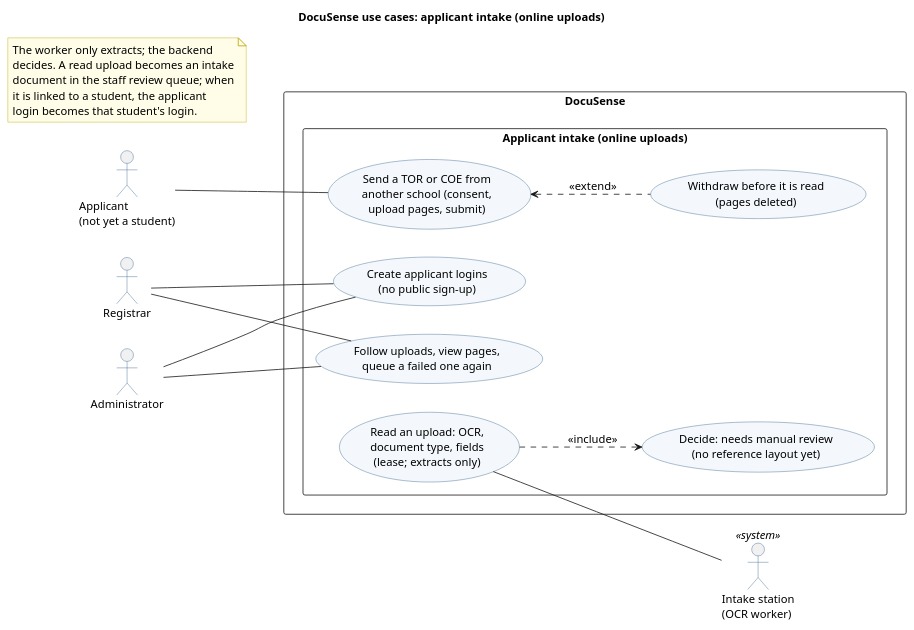
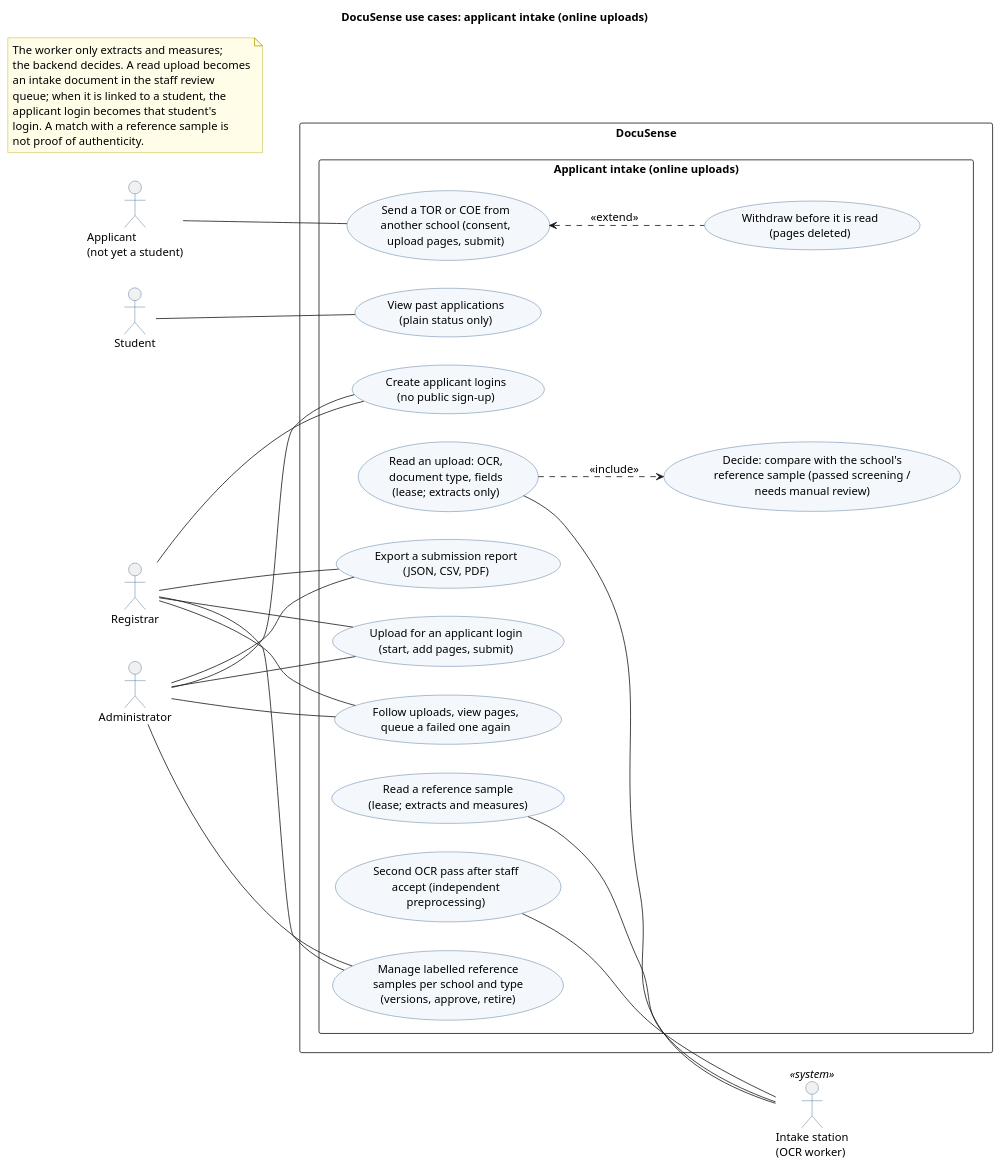
One commit to docusense67/DocuSense changed the diagram in docs/diagrams/use-cases-applicant.puml. Above: the diagram before and after it, drawn with PlantUML. The commit also changed 31 other files, not shown here.

```diff
--- a/docs/diagrams/use-cases-applicant.puml
+++ b/docs/diagrams/use-cases-applicant.puml
@@ -1,65 +1,89 @@
 @startuml use-cases-applicant
 ' Use cases: applicant intake, documents from another school uploaded online
 ' (docs/applicant-intake.md). Detail of the "applicant" package in use-cases.puml. Once read,
 ' an upload joins the staff review of use-cases-intake-review.puml.
 '
 ' "' @routes <alias>: <METHOD path> | ..." lists the API routes behind a use case.
 ' backend/tests/test_use_case_diagram.py checks every actor link against
 ' backend/tests/test_access_matrix.py: edit both together.
 ' A use case that <<extend>>s another is also performed by that use case's actors.
 title DocuSense use cases: applicant intake (online uploads)
 left to right direction
 skinparam defaultFontSize 14
 skinparam shadowing false
 skinparam packageStyle rectangle
 skinparam usecase {
   BackgroundColor #F4F8FC
   BorderColor #2F5D8A
 }
 skinparam actor {
   BorderColor #2F5D8A
 }
 skinparam note {
   BackgroundColor #FFFDE7
   BorderColor #B8A200
 }
 
 actor "Applicant\n(not yet a student)" as Applicant
+actor "Student" as Student
 actor "Registrar" as Registrar
 actor "Administrator" as Admin
 actor "Intake station\n(OCR worker)" as IntakeStation <<system>>
 
 rectangle "DocuSense" {
   package "Applicant intake (online uploads)" {
     usecase "Send a TOR or COE from\nanother school (consent,\nupload pages, submit)" as AP_SEND
     ' @routes AP_SEND: GET /api/applicant/submissions | POST /api/applicant/submissions | GET /api/applicant/submissions/{submission_id} | POST /api/applicant/submissions/{submission_id}/pages | GET /api/applicant/submissions/{submission_id}/pages/{number} | DELETE /api/applicant/submissions/{submission_id}/pages/{number} | POST /api/applicant/submissions/{submission_id}/submit
     usecase "Withdraw before it is read\n(pages deleted)" as AP_WITHDRAW
     ' @routes AP_WITHDRAW: POST /api/applicant/submissions/{submission_id}/withdraw
     usecase "Create applicant logins\n(no public sign-up)" as AP_LOGINS
     ' @routes AP_LOGINS: POST /api/applicants
     usecase "Follow uploads, view pages,\nqueue a failed one again" as AP_WATCH
     ' @routes AP_WATCH: GET /api/applicant-submissions | GET /api/applicant-submissions/{submission_id}/pages/{number} | POST /api/applicant-submissions/{submission_id}/retry
     usecase "Read an upload: OCR,\ndocument type, fields\n(lease; extracts only)" as AP_READ
     ' @routes AP_READ: POST /api/station/applicant-jobs/claim | GET /api/station/applicant-jobs/{submission_id}/pages/{number} | POST /api/station/applicant-jobs/{submission_id}/complete
-    usecase "Decide: needs manual review\n(no reference layout yet)" as AP_DECIDE
+    usecase "Decide: compare with the school's\nreference sample (passed screening /\nneeds manual review)" as AP_DECIDE
+    usecase "Upload for an applicant login\n(start, add pages, submit)" as AP_ON_BEHALF
+    ' @routes AP_ON_BEHALF: POST /api/applicant-submissions | POST /api/applicant-submissions/{submission_id}/pages | DELETE /api/applicant-submissions/{submission_id}/pages/{number} | POST /api/applicant-submissions/{submission_id}/submit
+    usecase "Export a submission report\n(JSON, CSV, PDF)" as AP_REPORT
+    ' @routes AP_REPORT: GET /api/applicant-submissions/{submission_id}/report
+    usecase "Manage labelled reference\nsamples per school and type\n(versions, approve, retire)" as AP_REFERENCES
+    ' @routes AP_REFERENCES: GET /api/applicant-references | POST /api/applicant-references | GET /api/applicant-references/{reference_id} | PATCH /api/applicant-references/{reference_id} | GET /api/applicant-references/{reference_id}/pages/{number} | POST /api/applicant-references/{reference_id}/approve | POST /api/applicant-references/{reference_id}/retire | POST /api/applicant-references/{reference_id}/retry
+    usecase "Read a reference sample\n(lease; extracts and measures)" as AP_READ_REF
+    ' @routes AP_READ_REF: GET /api/station/applicant-references/{reference_id}/pages/{number} | POST /api/station/applicant-references/{reference_id}/complete
+    usecase "Second OCR pass after staff\naccept (independent\npreprocessing)" as AP_SECOND
+    ' @routes AP_SECOND: POST /api/station/applicant-jobs/{submission_id}/second-pass
+    usecase "View past applications\n(plain status only)" as AP_HISTORY
+    ' @routes AP_HISTORY: GET /api/students/me/applications
   }
 }
 
 Applicant -- AP_SEND
+Student -- AP_HISTORY
 Registrar -- AP_LOGINS
 Registrar -- AP_WATCH
+Registrar -- AP_ON_BEHALF
+Registrar -- AP_REPORT
+Registrar -- AP_REFERENCES
 Admin -- AP_LOGINS
 Admin -- AP_WATCH
+Admin -- AP_ON_BEHALF
+Admin -- AP_REPORT
+Admin -- AP_REFERENCES
 AP_READ -- IntakeStation
+AP_READ_REF -- IntakeStation
+AP_SECOND -- IntakeStation
 
 AP_SEND <.. AP_WITHDRAW : <<extend>>
 AP_READ ..> AP_DECIDE : <<include>>
 
 note as N1
-  The worker only extracts; the backend
-  decides. A read upload becomes an intake
-  document in the staff review queue; when
-  it is linked to a student, the applicant
-  login becomes that student's login.
+  The worker only extracts and measures;
+  the backend decides. A read upload becomes
+  an intake document in the staff review
+  queue; when it is linked to a student, the
+  applicant login becomes that student's
+  login. A match with a reference sample is
+  not proof of authenticity.
 end note
 @enduml
```
